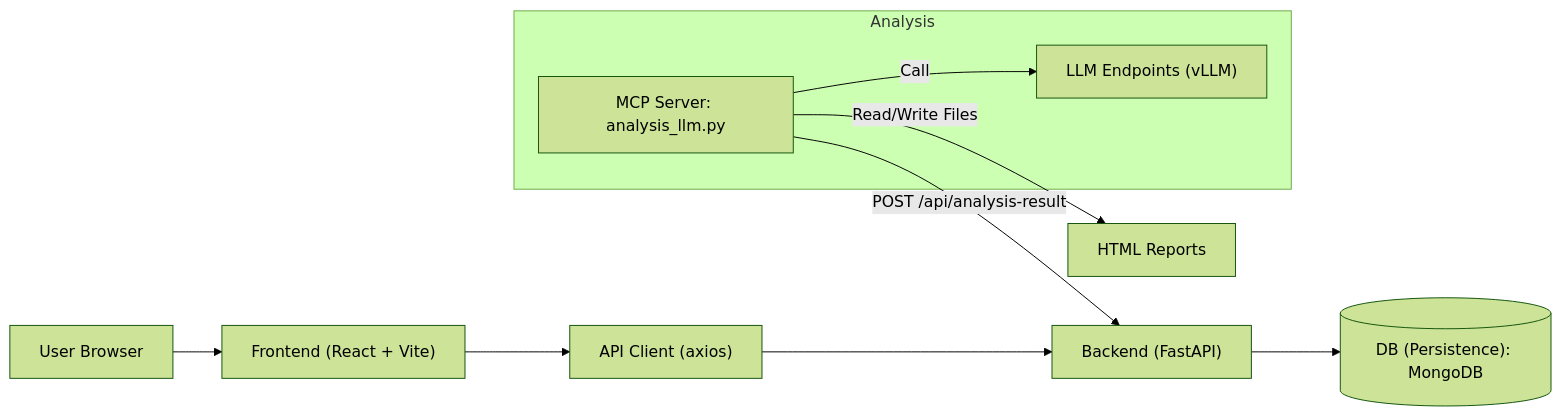
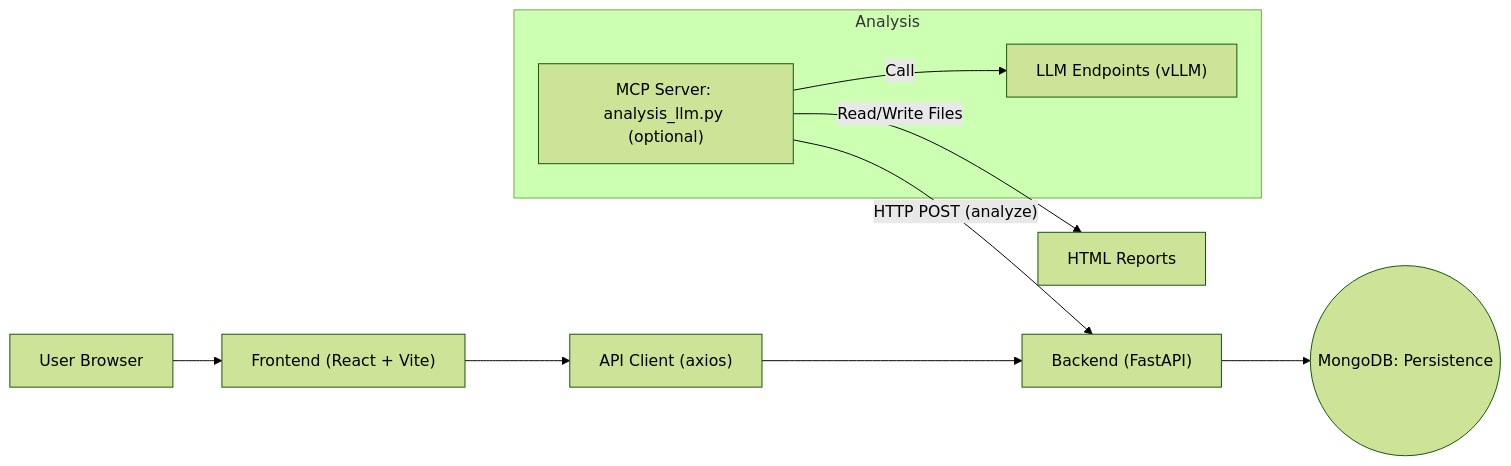
Before and after one commit to Ranponim/0809: the first of 3 diagrams in kpi_dashboard/docs/architecture.md, drawn with Mermaid (forest theme). The commit also changed other lines of this file and 44 other files, not shown here.

Commit message:
데이터베이스 설정 및 LLM 분석 기능 개선: - PreferenceContext에 데이터베이스 설정 추가 및 관련 UI 컴포넌트 수정. - LLM 분석 요청 시 사용자 ID를 파라미터로 전달하도록 API 수정. - 통계 컴포넌트에서 데이터베이스 설정 UI 제거 및 Preference에서 관리하도록 변경.

````diff
--- a/kpi_dashboard/docs/architecture.md
+++ b/kpi_dashboard/docs/architecture.md
@@ -4,14 +4,14 @@
 ```mermaid
 graph LR
   A["User Browser"] --> B["Frontend (React + Vite)"]
   B --> C["API Client (axios)"]
   C --> D["Backend (FastAPI)"]
-  D --> E[("DB (Persistence): MongoDB")]
+  D --> E(("MongoDB: Persistence"))
   subgraph Analysis
-    F["MCP Server: analysis_llm.py"]
+    F["MCP Server: analysis_llm.py (optional)"]
     G["LLM Endpoints (vLLM)"]
   end
-  F -- "POST /api/analysis-result" --> D
+  F -- "HTTP POST (analyze)" --> D
   F -- "Read/Write Files" --> H["HTML Reports"]
   F -- "Call" --> G
 ```
````
